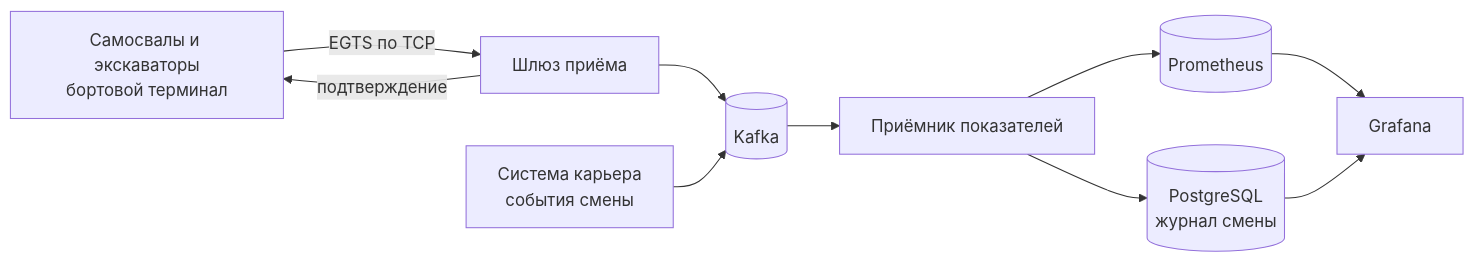
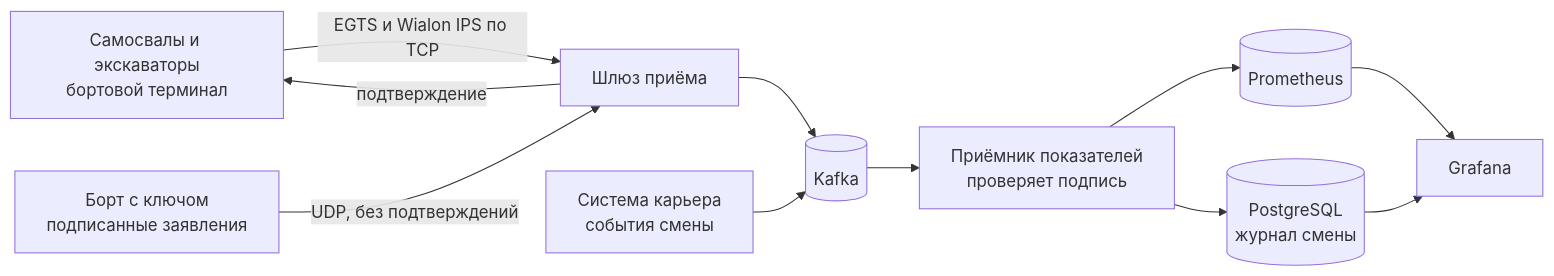
One commit to temuros/quarry-fleet-lab changed the diagram in README.md. Above: the diagram before and after it, drawn with Mermaid. The commit also changed other lines of this file and 27 other files, not shown here.

````diff
--- a/README.md
+++ b/README.md
@@ -52,12 +54,13 @@
 ```mermaid
 flowchart LR
-    T["Самосвалы и экскаваторы<br/>бортовой терминал"] -->|EGTS по TCP| G[Шлюз приёма]
+    T["Самосвалы и экскаваторы<br/>бортовой терминал"] -->|"EGTS и Wialon IPS по TCP"| G[Шлюз приёма]
     G -->|подтверждение| T
+    T2["Борт с ключом<br/>подписанные заявления"] -->|"UDP, без подтверждений"| G
     G --> K[(Kafka)]
     S[Система карьера<br/>события смены] --> K
-    K --> C[Приёмник показателей]
+    K --> C["Приёмник показателей<br/>проверяет подпись"]
     C --> P[(Prometheus)]
     C --> D[(PostgreSQL<br/>журнал смены)]
     P --> GR[Grafana]
     D --> GR
 ```
````
